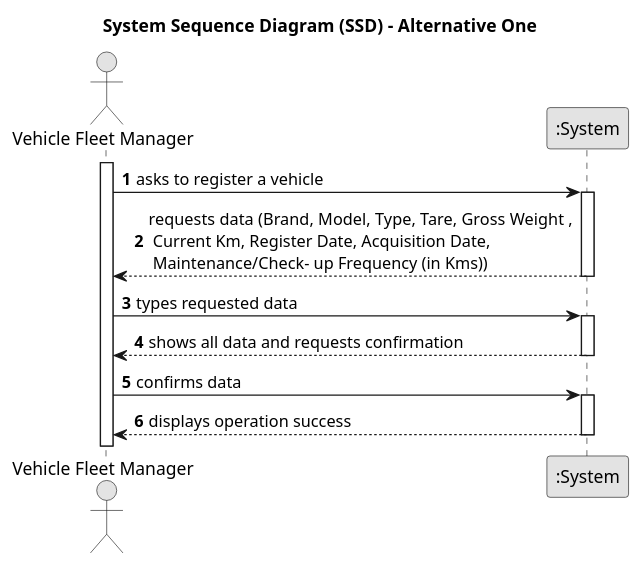
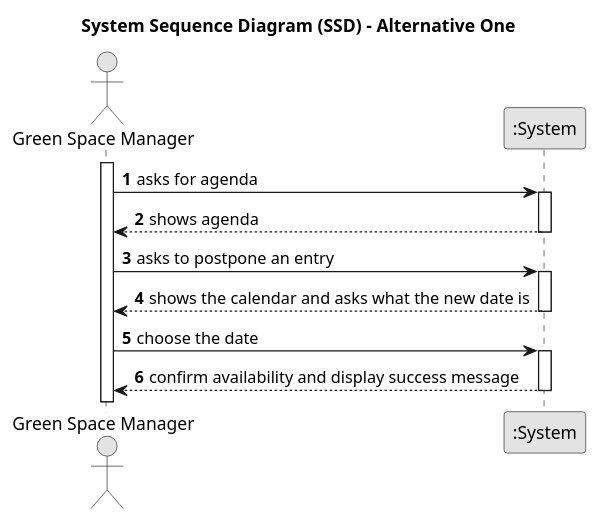
Before and after one commit to Departamento-de-Engenharia-Informatica/lei-24-s2-1dl-g121: the diagram in docs/sprintC/us024/01.requirements-engineering/puml/us024-system-sequence-diagram-alternative-one.puml, drawn with PlantUML.

Commit message:
SSD US024

```diff
--- a/docs/sprintC/us024/01.requirements-engineering/puml/us024-system-sequence-diagram-alternative-one.puml
+++ b/docs/sprintC/us024/01.requirements-engineering/puml/us024-system-sequence-diagram-alternative-one.puml
@@ -1,33 +1,33 @@
 @startuml
 skinparam monochrome true
 skinparam packageStyle rectangle
 skinparam shadowing false
 
 title System Sequence Diagram (SSD) - Alternative One
 
 autonumber
 
-actor "Vehicle Fleet Manager" as Employee
+actor "Green Space Manager" as Employee
 participant ":System" as System
 
 activate Employee
 
-    Employee -> System : asks to register a vehicle
+    Employee -> System : asks for agenda
     activate System
 
-        System --> Employee : requests data (Brand, Model, Type, Tare, Gross Weight ,\n Current Km, Register Date, Acquisition Date,\n Maintenance/Check- up Frequency (in Kms))
+        System --> Employee : shows agenda
     deactivate System
 
-    Employee -> System : types requested data
+    Employee -> System : asks to postpone an entry
     activate System
 
-        System --> Employee : shows all data and requests confirmation
+        System --> Employee : shows the calendar and asks what the new date is
     deactivate System
 
-    Employee -> System : confirms data
+    Employee -> System : choose the date
     activate System
 
-        System --> Employee : displays operation success
+        System --> Employee : confirm availability and display success message
     deactivate System
 
 @enduml
```
